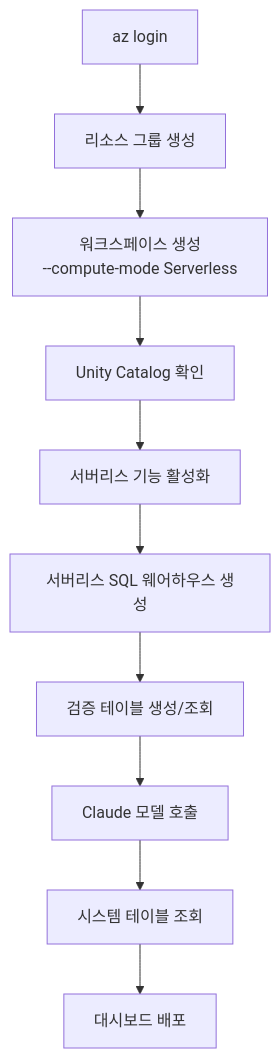
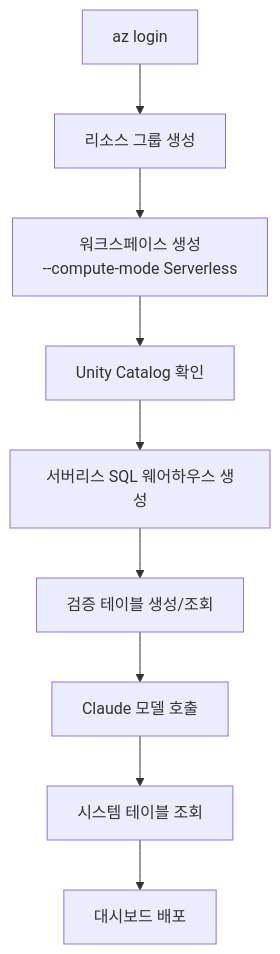
One commit to yunkyoungaum/ADB_guide changed the second of 2 diagrams in source/guides/00-overview/README.md. Above: the diagram before and after it, drawn with Mermaid. The commit also changed other lines of this file and 10 other files, not shown here.

````diff
--- a/source/guides/00-overview/README.md
+++ b/source/guides/00-overview/README.md
@@ -47,12 +41,11 @@
 ```mermaid
 flowchart TD
     A[az login] --> B[리소스 그룹 생성]
     B --> C[워크스페이스 생성<br/>--compute-mode Serverless]
     C --> D[Unity Catalog 확인]
-    D --> E[서버리스 기능 활성화]
-    E --> F[서버리스 SQL 웨어하우스 생성]
+    D --> F[서버리스 SQL 웨어하우스 생성]
     F --> G[검증 테이블 생성/조회]
     G --> H[Claude 모델 호출]
     H --> I[시스템 테이블 조회]
     I --> J[대시보드 배포]
 ```
````
